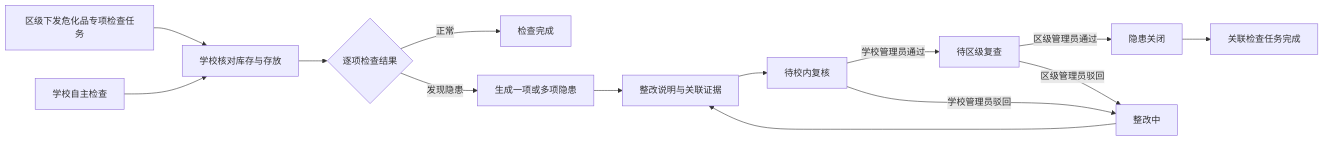
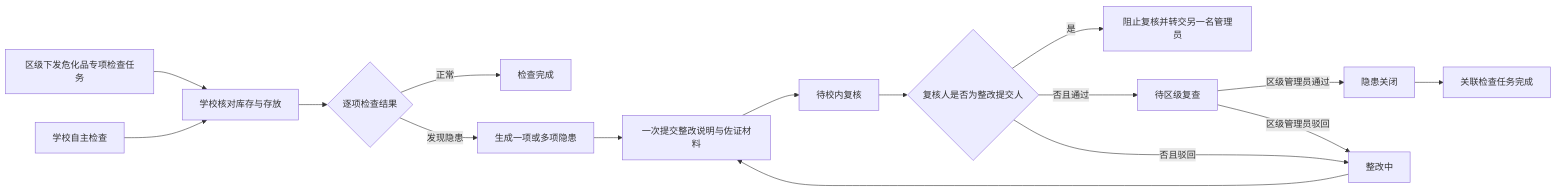
The tenth of 11 diagrams in new-demo/当前Demo业务流程与数据关系闭环评估报告.md (AlettaOkori/Qingpu_LaboratoryManagementSystem), drawn with Mermaid before and after one commit. The commit also changed other lines of this file and 4 other files, not shown here.

````diff
--- a/new-demo/当前Demo业务流程与数据关系闭环评估报告.md
+++ b/new-demo/当前Demo业务流程与数据关系闭环评估报告.md
@@ -389,16 +389,18 @@
 ```mermaid
 flowchart LR
   A[区级下发危化品专项检查任务] --> B[学校核对库存与存放]
   X[学校自主检查] --> B
   B --> C{逐项检查结果}
   C -->|正常| D[检查完成]
   C -->|发现隐患| E[生成一项或多项隐患]
-  E --> F[整改说明与关联证据]
+  E --> F[一次提交整改说明与佐证材料]
   F --> G[待校内复核]
-  G -->|学校管理员通过| H[待区级复查]
-  G -->|学校管理员驳回| I[整改中]
+  G --> L{复核人是否为整改提交人}
+  L -->|是| M[阻止复核并转交另一名管理员]
+  L -->|否且通过| H[待区级复查]
+  L -->|否且驳回| I[整改中]
   H -->|区级管理员通过| J[隐患关闭]
   H -->|区级管理员驳回| I
   I --> F
   J --> K[关联检查任务完成]
 ```
````
